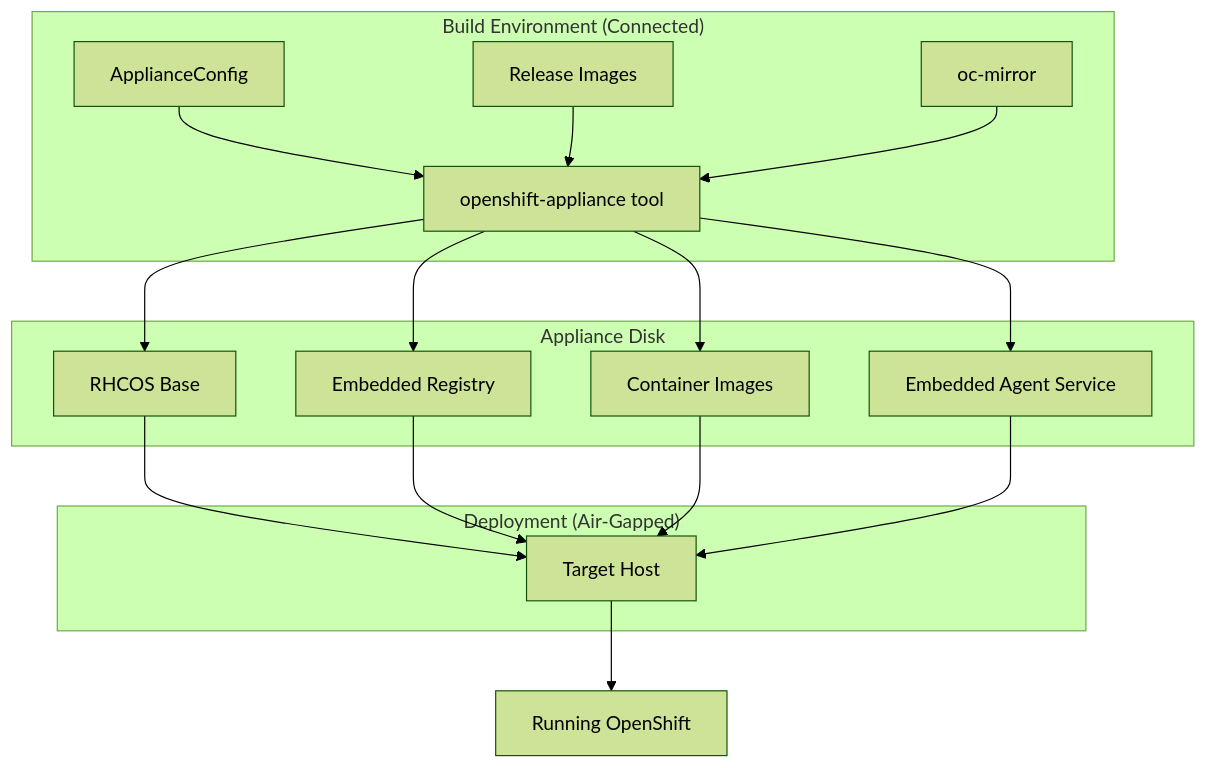
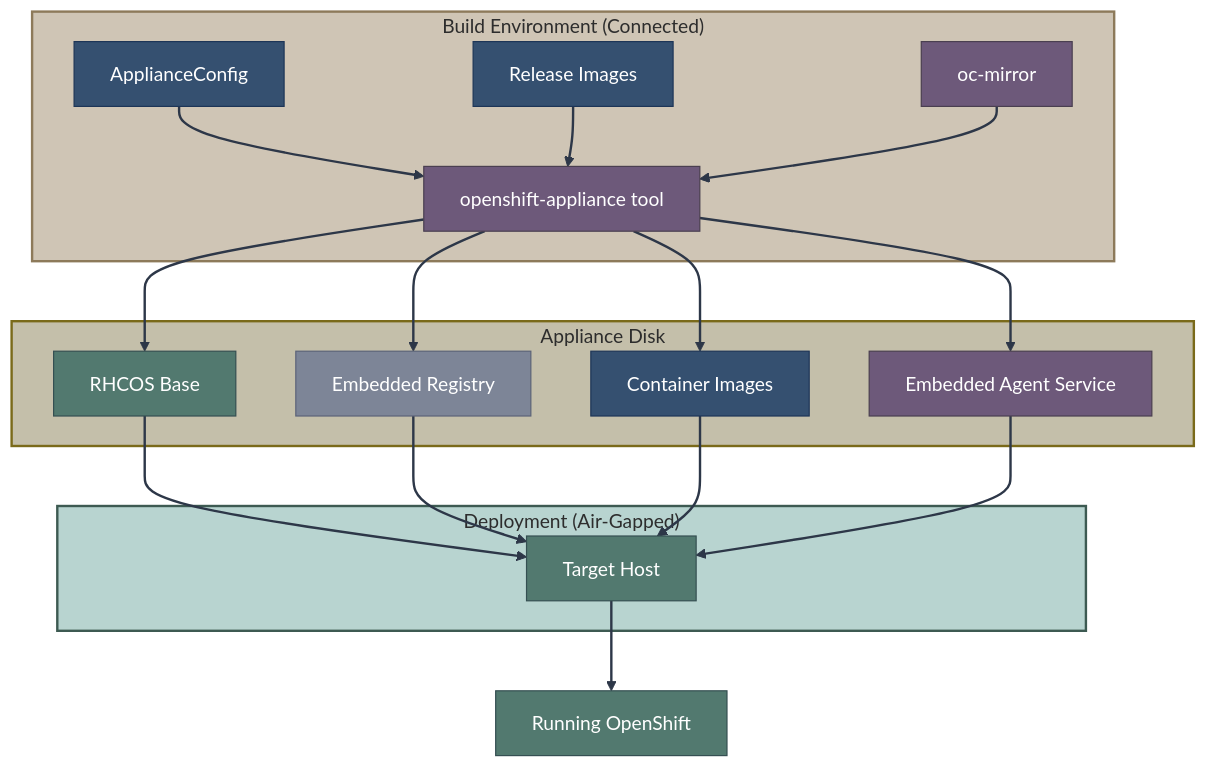
One commit to zszabo-rh/openshift-install-guide changed the first of 4 diagrams in 04-image-based-installation/appliance.md. Above: the diagram before and after it, drawn with Mermaid (forest theme). The commit also changed other lines of this file and 16 other files, not shown here.

Commit message:
improved diagram style

````diff
--- a/04-image-based-installation/appliance.md
+++ b/04-image-based-installation/appliance.md
@@ -9,36 +9,53 @@
 ```mermaid
 graph TB
-    subgraph "Build Environment (Connected)"
+    subgraph build["Build Environment (Connected)"]
         BUILDER[openshift-appliance tool]
         CONFIG[ApplianceConfig]
         RELEASE[Release Images]
         OC_MIRROR[oc-mirror]
         
         CONFIG --> BUILDER
         RELEASE --> BUILDER
         OC_MIRROR --> BUILDER
     end
     
-    subgraph "Appliance Disk"
+    subgraph disk["Appliance Disk"]
         RHCOS[RHCOS Base]
         REGISTRY[Embedded Registry]
         IMAGES[Container Images]
         AGENT_SVC[Embedded Agent Service]
         
         BUILDER --> RHCOS
         BUILDER --> REGISTRY
         BUILDER --> IMAGES
         BUILDER --> AGENT_SVC
     end
     
-    subgraph "Deployment (Air-Gapped)"
+    subgraph deploy["Deployment (Air-Gapped)"]
         TARGET[Target Host]
         
         RHCOS --> TARGET
         REGISTRY --> TARGET
         IMAGES --> TARGET
         AGENT_SVC --> TARGET
     end
     
     TARGET --> CLUSTER[Running OpenShift]
+    
+    style BUILDER fill:#6d597a,stroke:#4a3f50,color:#fff
+    style CONFIG fill:#355070,stroke:#1d3557,color:#fff
+    style RELEASE fill:#355070,stroke:#1d3557,color:#fff
+    style OC_MIRROR fill:#6d597a,stroke:#4a3f50,color:#fff
+    style RHCOS fill:#52796f,stroke:#354f52,color:#fff
+    style REGISTRY fill:#7d8597,stroke:#5c6378,color:#fff
+    style IMAGES fill:#355070,stroke:#1d3557,color:#fff
+    style AGENT_SVC fill:#6d597a,stroke:#4a3f50,color:#fff
+    style TARGET fill:#52796f,stroke:#354f52,color:#fff
+    style CLUSTER fill:#52796f,stroke:#354f52,color:#fff
+    
+    style build fill:#cfc5b5,stroke:#8d7a5a,stroke-width:2px,color:#2d2d2d
+    style disk fill:#c4bfaa,stroke:#7a6a1a,stroke-width:2px,color:#2d2d2d
+    style deploy fill:#b8d4d0,stroke:#3d5a52,stroke-width:2px,color:#2d2d2d
+    
+    linkStyle default stroke:#2d3748,stroke-width:2px
 ```
````
